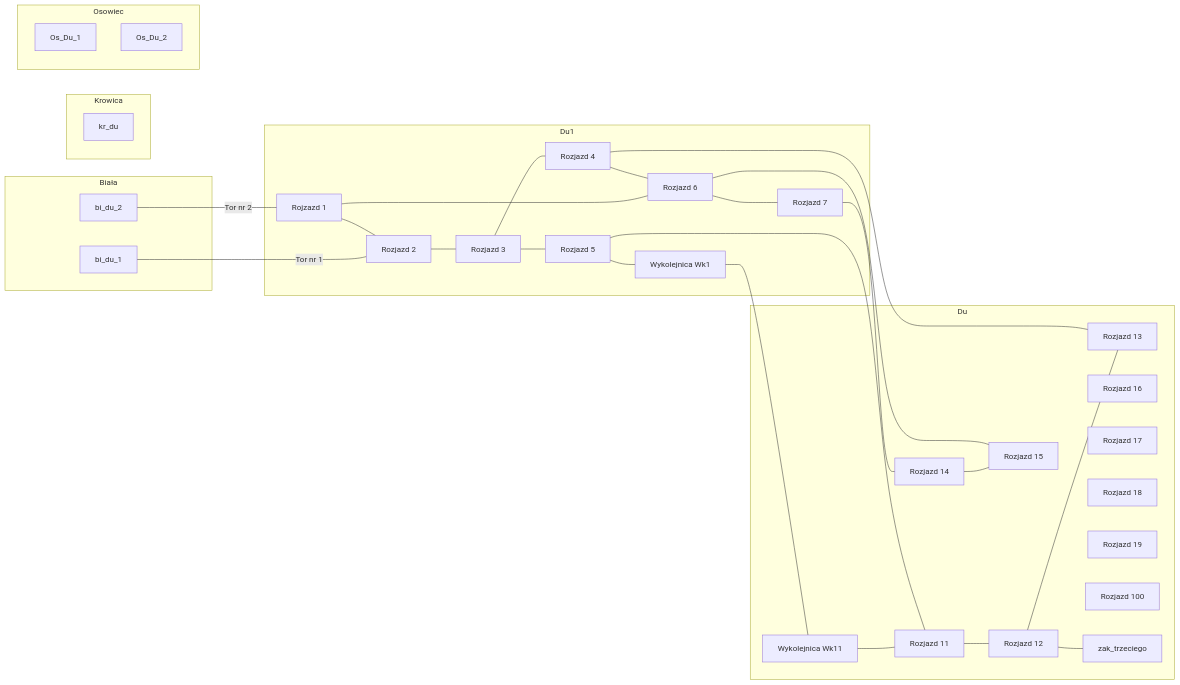
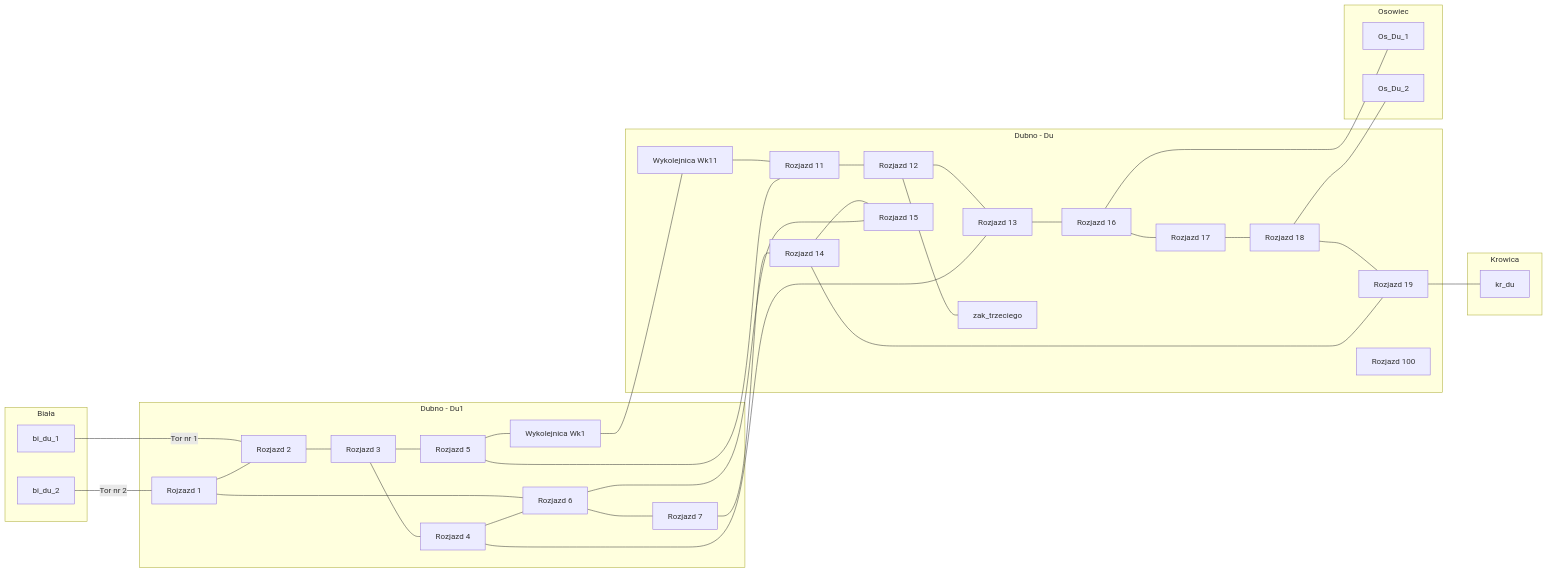
The diagram in docs/inzynieria_ruchu/przykladowa_stacja.md (tblisty/public_files), drawn with Mermaid before and after one commit.

````diff
--- a/docs/inzynieria_ruchu/przykladowa_stacja.md
+++ b/docs/inzynieria_ruchu/przykladowa_stacja.md
@@ -2,75 +2,83 @@
 ```mermaid
 %%{init: {'flowchart': {'defaultRenderer': 'dagre', 'curve': 'basis'}}}%%
 flowchart LR
-    subgraph du1[" Du1 "]
+    subgraph du1["Dubno - Du1 "]
         rozjazd1["Rojzazd 1"]
         rozjazd2["Rozjazd 2"]
         rozjazd3["Rozjazd 3"]
         rozjazd4["Rozjazd 4"]
         rozjazd5["Rozjazd 5"]
         rozjazd6["Rozjazd 6"]
         rozjazd7["Rozjazd 7"]
         wykolejnica1["Wykolejnica Wk1"]
     end
 
-    subgraph du["Du"]
+    subgraph du["Dubno - Du"]
         rozjazd11["Rozjazd 11"]
         rozjazd12["Rozjazd 12"]
         rozjazd13["Rozjazd 13"]
         rozjazd14["Rozjazd 14"]
         rozjazd15["Rozjazd 15"]
         rozjazd16["Rozjazd 16"]
         rozjazd17["Rozjazd 17"]
         rozjazd18["Rozjazd 18"]
         rozjazd19["Rozjazd 19"]
         rozjazd100["Rozjazd 100"]
         wykolejnica11["Wykolejnica Wk11"]
         zak_trzeciego
     end
 
     subgraph biala["Biała"]
         bi_du_1
         bi_du_2
     end
 
     subgraph krowica["Krowica"]
         kr_du
     end
 
     subgraph osowiec["Osowiec"]
         Os_Du_1
         Os_Du_2
     end
 
 bi_du_2 ---|"Tor nr 2"| rozjazd1
 bi_du_1 ---|"Tor nr 1"| rozjazd2
 rozjazd2     --- rozjazd3
 rozjazd1     --- rozjazd2
 rozjazd3     --- rozjazd4
 rozjazd3     --- rozjazd5
 rozjazd5     --- wykolejnica1
 wykolejnica1 --- wykolejnica11
 rozjazd1     --- rozjazd6
 rozjazd6     --- rozjazd7
 rozjazd4     --- rozjazd6
 
 wykolejnica11 --- rozjazd11
 rozjazd5      --- rozjazd11
 rozjazd11     --- rozjazd12
 rozjazd12     --- zak_trzeciego
 rozjazd12     --- rozjazd13
 rozjazd4      --- rozjazd13
 rozjazd7      --- rozjazd14
 rozjazd14     --- rozjazd15
 rozjazd6      --- rozjazd15
+rozjazd13     --- rozjazd16
+rozjazd16     --- Os_Du_1
+rozjazd16     --- rozjazd17
+rozjazd17     --- rozjazd18
+rozjazd18     --- Os_Du_2
+rozjazd18     --- rozjazd19
+rozjazd19     --- kr_du
+rozjazd14     --- rozjazd19
 
 
 
 
 classDef transparent1 fill:none,stroke:none
 class przewiert_0_1,przewiert_1_1,przewiert_1_2,TP-Link_not_conntected transparent1
 
 classDef non_apparent fill:none,stroke:none,width:0px,height:0px
 class pierscien_czarny,szary_kabel,from_router,swiatlowod_15m,pierscien_zolty,jasno_siwy,pierscien_czarny_p,FTTH_p non_apparent
 
 ```
````
